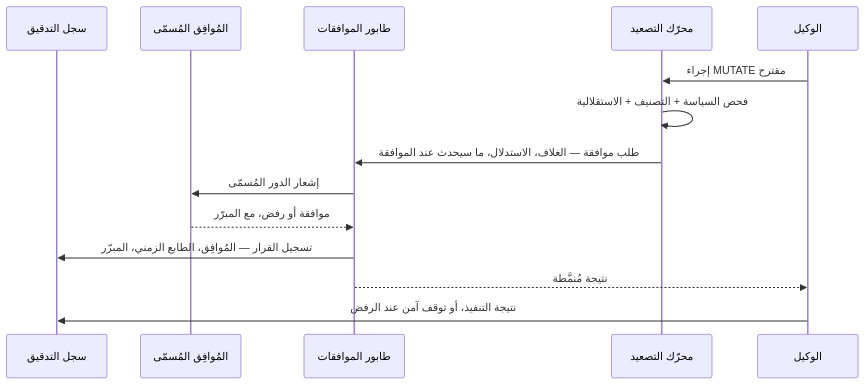
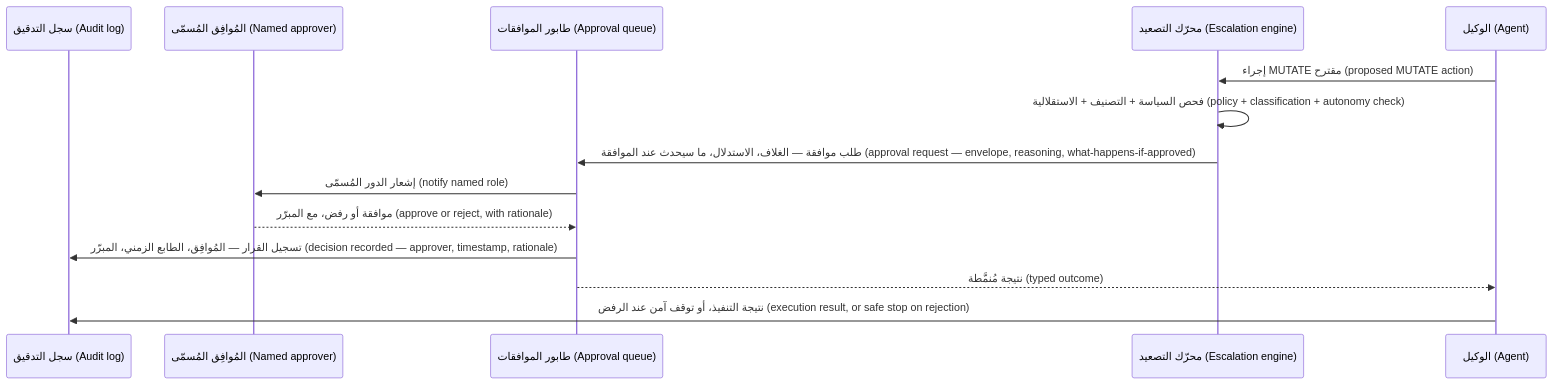
Before and after one commit to Tamoura/AI-agents: the sixth of 10 diagrams in qdb-agent-framework/docs/LEARNING-PATH.ar.md, drawn with Mermaid. The commit also changed other lines of this file and 3 other files, not shown here.

First line of the commit message:
Arabic docs: English on every diagram label; rebuild Arabic HTML

````diff
--- a/qdb-agent-framework/docs/LEARNING-PATH.ar.md
+++ b/qdb-agent-framework/docs/LEARNING-PATH.ar.md
@@ -404,17 +404,17 @@
 ```mermaid
 sequenceDiagram
-    participant AU as سجل التدقيق
-    participant M as المُوافِق المُسمّى
-    participant Q as طابور الموافقات
-    participant ES as محرّك التصعيد
-    participant AG as الوكيل
+    participant AU as سجل التدقيق (Audit log)
+    participant M as المُوافِق المُسمّى (Named approver)
+    participant Q as طابور الموافقات (Approval queue)
+    participant ES as محرّك التصعيد (Escalation engine)
+    participant AG as الوكيل (Agent)
 
-    AG->>ES: إجراء MUTATE مقترح
-    ES->>ES: فحص السياسة + التصنيف + الاستقلالية
-    ES->>Q: طلب موافقة — الغلاف، الاستدلال، ما سيحدث عند الموافقة
-    Q->>M: إشعار الدور المُسمّى
-    M-->>Q: موافقة أو رفض، مع المبرّر
-    Q->>AU: تسجيل القرار — المُوافِق، الطابع الزمني، المبرّر
-    Q-->>AG: نتيجة مُنمَّطة
-    AG->>AU: نتيجة التنفيذ، أو توقف آمن عند الرفض
+    AG->>ES: إجراء MUTATE مقترح (proposed MUTATE action)
+    ES->>ES: فحص السياسة + التصنيف + الاستقلالية (policy + classification + autonomy check)
+    ES->>Q: طلب موافقة — الغلاف، الاستدلال، ما سيحدث عند الموافقة (approval request — envelope, reasoning, what-happens-if-approved)
+    Q->>M: إشعار الدور المُسمّى (notify named role)
+    M-->>Q: موافقة أو رفض، مع المبرّر (approve or reject, with rationale)
+    Q->>AU: تسجيل القرار — المُوافِق، الطابع الزمني، المبرّر (decision recorded — approver, timestamp, rationale)
+    Q-->>AG: نتيجة مُنمَّطة (typed outcome)
+    AG->>AU: نتيجة التنفيذ، أو توقف آمن عند الرفض (execution result, or safe stop on rejection)
 ```
````
